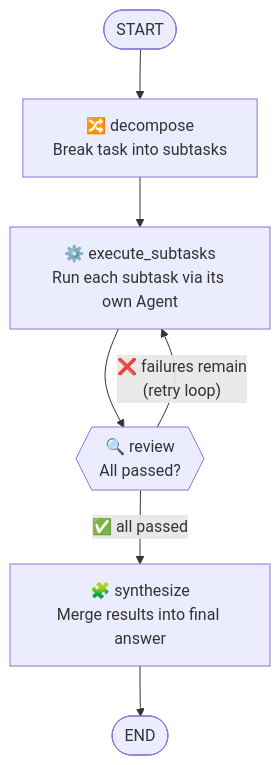
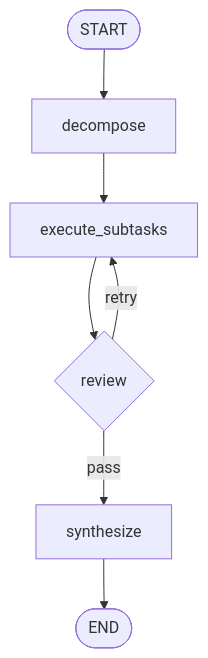
Before and after one commit to Guebbit/manna: the first of 4 diagrams in docs/examples/swarm-orchestration.md, drawn with Mermaid. The commit also changed other lines of this file, not shown here.

First line of the commit message:
docs: split dense swarm architecture diagram into progressive views

````diff
--- a/docs/examples/swarm-orchestration.md
+++ b/docs/examples/swarm-orchestration.md
@@ -28,15 +32,9 @@
 ```mermaid
 flowchart TD
-    START([START]) --> decompose
-    decompose["🔀 decompose\nBreak task into subtasks"]
-    execute["⚙️ execute_subtasks\nRun each subtask via its own Agent"]
-    review{{"🔍 review\nAll passed?"}}
-    synthesize["🧩 synthesize\nMerge results into final answer"]
-    DONE([END])
-
-    decompose --> execute
-    execute --> review
-    review -->|"✅ all passed"| synthesize
-    review -->|"❌ failures remain\n(retry loop)"| execute
-    synthesize --> DONE
+    START([START]) --> decompose["decompose"]
+    decompose --> execute["execute_subtasks"]
+    execute --> review{"review"}
+    review -->|"pass"| synthesize["synthesize"]
+    review -->|"retry"| execute
+    synthesize --> END([END])
 ```
````
